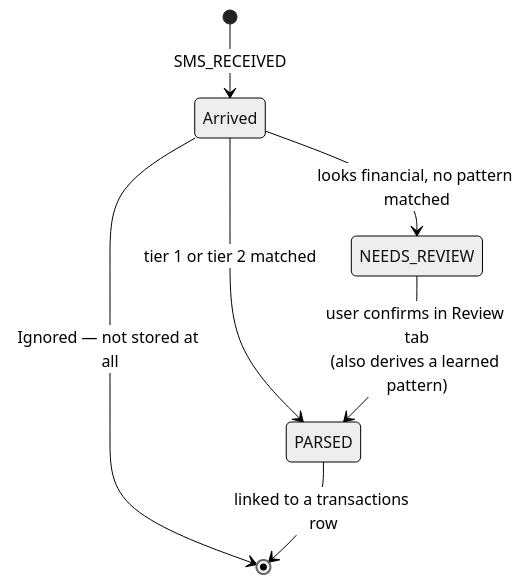
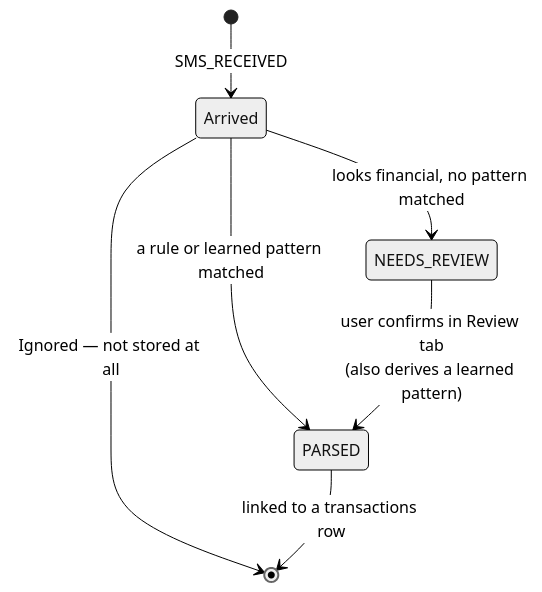
Before and after one commit to Sakthikavin/ExpenseTracker: the sixth of 8 diagrams in ARCHITECTURE.md, drawn with Mermaid (neutral theme). The commit also changed other lines of this file and 49 other files, not shown here.

````diff
--- a/ARCHITECTURE.md
+++ b/ARCHITECTURE.md
@@ -345,9 +346,9 @@
 ```mermaid
 stateDiagram-v2
     [*] --> Arrived: SMS_RECEIVED
-    Arrived --> PARSED: tier 1 or tier 2 matched
+    Arrived --> PARSED: a rule or learned pattern matched
     Arrived --> NEEDS_REVIEW: looks financial, no pattern matched
     Arrived --> [*]: Ignored — not stored at all
     NEEDS_REVIEW --> PARSED: user confirms in Review tab<br/>(also derives a learned pattern)
     PARSED --> [*]: linked to a transactions row
 ```
````
